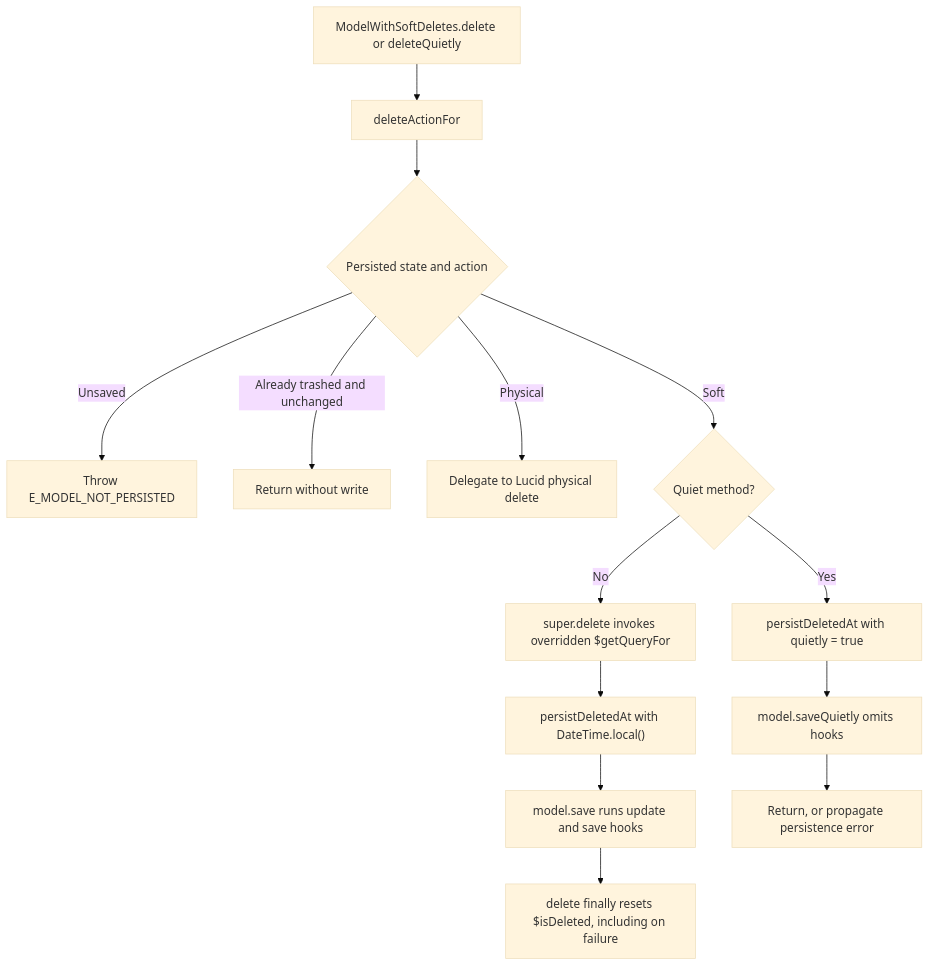
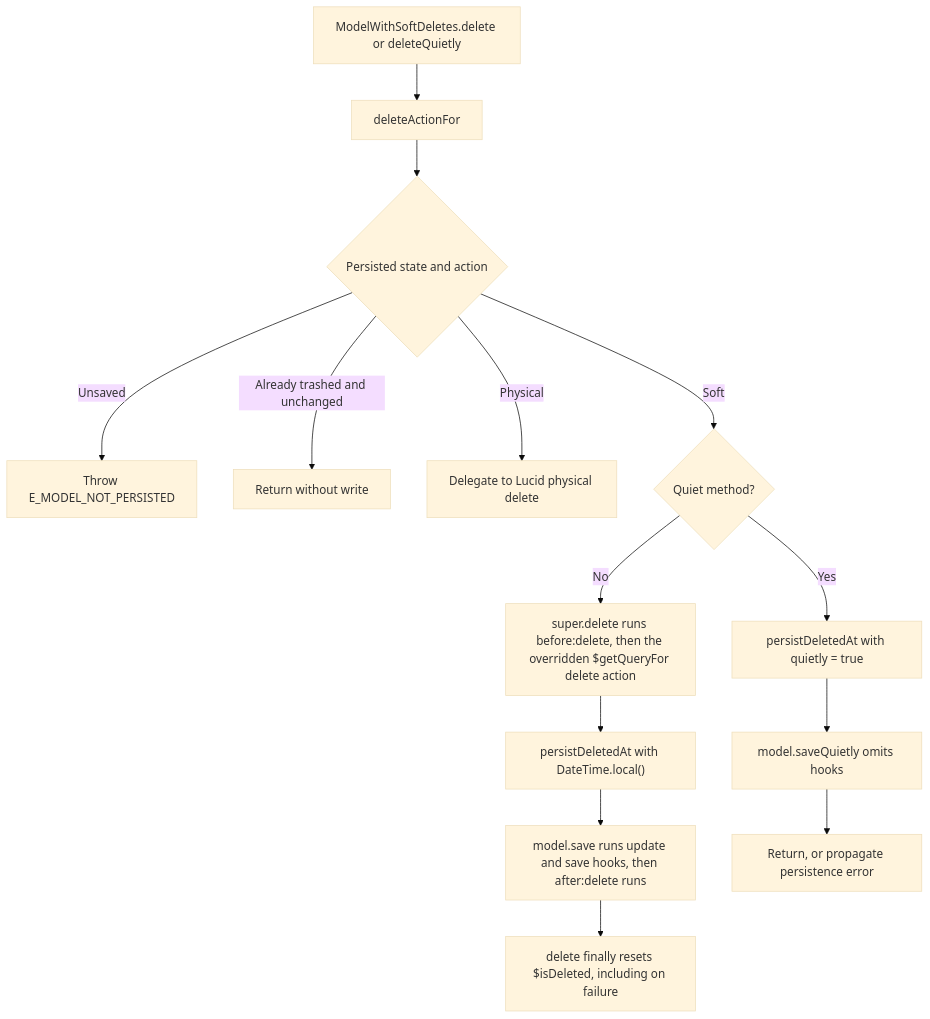
The second of 2 diagrams in user-stories/soft-delete-instance/us-app-01-soft-delete-instance.md (Kevinjohn/oss-adonisjs-lucid-soft-delete), drawn with Mermaid (base theme) before and after one commit. The commit also changed other lines of this file and 15 other files, not shown here.

````diff
--- a/user-stories/soft-delete-instance/us-app-01-soft-delete-instance.md
+++ b/user-stories/soft-delete-instance/us-app-01-soft-delete-instance.md
@@ -39,16 +39,16 @@
 ```mermaid
 flowchart TD
     A["ModelWithSoftDeletes.delete or deleteQuietly"] --> B["deleteActionFor"]
     B --> C{"Persisted state and action"}
     C -->|Unsaved| D["Throw E_MODEL_NOT_PERSISTED"]
     C -->|Already trashed and unchanged| E["Return without write"]
     C -->|Physical| F["Delegate to Lucid physical delete"]
     C -->|Soft| G{"Quiet method?"}
-    G -->|No| H["super.delete invokes overridden $getQueryFor"]
+    G -->|No| H["super.delete runs before:delete, then the overridden $getQueryFor delete action"]
     H --> I["persistDeletedAt with DateTime.local()"]
     G -->|Yes| J["persistDeletedAt with quietly = true"]
-    I --> K["model.save runs update and save hooks"]
+    I --> K["model.save runs update and save hooks, then after:delete runs"]
     J --> L["model.saveQuietly omits hooks"]
     K --> M["delete finally resets $isDeleted, including on failure"]
     L --> N["Return, or propagate persistence error"]
 ```
````
